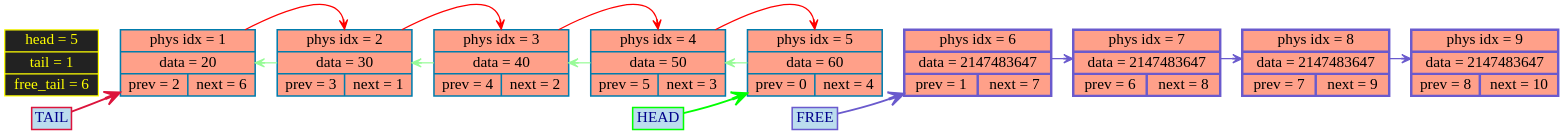
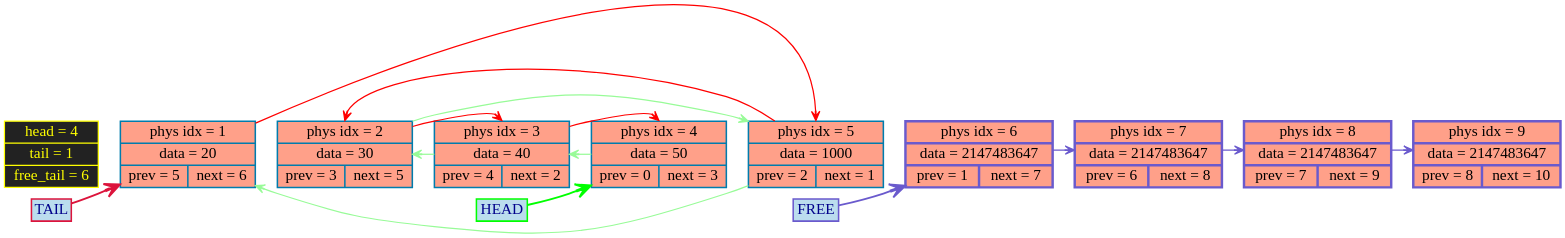
Before and after one commit to timoko3/list: the diagram in graphDumps/graphDump.dot, drawn with Graphviz. The commit also changed 15 other files, not shown here.

```diff
--- a/graphDumps/graphDump.dot
+++ b/graphDumps/graphDump.dot
@@ -1,35 +1,35 @@
 digraph G {
 rankdir=LR
 bgcolor="transparent"
 	node [shape=record, style="filled", fillcolor="#FFA089", fontcolor="black", color="#007CAD", penwidth=2.5, fontname="Tahoma", fontsize=25];
 
 edge [color="#2d714f", arrowsize=1, penwidth=5, arrowhead="vee", style="bold"];
-node0 [label="head = 5 | tail = 1 | free_tail = 6", shape=record, style="filled", fillcolor="#222222", fontcolor="yellow", color="yellow", penwidth=2];
-	node1 [label="phys idx = 1 | data = 20 | {prev = 2 | next = 6} "];
-	node2 [label="phys idx = 2 | data = 30 | {prev = 3 | next = 1} "];
+node0 [label="head = 4 | tail = 1 | free_tail = 6", shape=record, style="filled", fillcolor="#222222", fontcolor="yellow", color="yellow", penwidth=2];
+	node1 [label="phys idx = 1 | data = 20 | {prev = 5 | next = 6} "];
+	node2 [label="phys idx = 2 | data = 30 | {prev = 3 | next = 5} "];
 	node3 [label="phys idx = 3 | data = 40 | {prev = 4 | next = 2} "];
-	node4 [label="phys idx = 4 | data = 50 | {prev = 5 | next = 3} "];
-	node5 [label="phys idx = 5 | data = 60 | {prev = 0 | next = 4} "];
+	node4 [label="phys idx = 4 | data = 50 | {prev = 0 | next = 3} "];
+	node5 [label="phys idx = 5 | data = 1000 | {prev = 2 | next = 1} "];
 	node6 [label="phys idx = 6 | data = 2147483647 | {prev = 1 | next = 7} "];
 	node7 [label="phys idx = 7 | data = 2147483647 | {prev = 6 | next = 8} "];
 	node8 [label="phys idx = 8 | data = 2147483647 | {prev = 7 | next = 9} "];
 	node9 [label="phys idx = 9 | data = 2147483647 | {prev = 8 | next = 10} "];
 
 head_label      [shape=box, label="HEAD", style="filled", fillcolor="#BBDDEE", color="lime", fontcolor="darkblue"];
 tail_label      [shape=box, label="TAIL", style="filled", fillcolor="#BBDDEE", color="#DC143C",   fontcolor="darkblue"];
 free_head_label [shape=box, label="FREE", style="filled", fillcolor="#BBDDEE", color="#6A5ACD",   fontcolor="darkblue"];
-head_label      -> node5 [color="lime", arrowsize=2.5, penwidth=3];
+head_label      -> node4 [color="lime", arrowsize=2.5, penwidth=3];
 tail_label      -> node1 [color="#DC143C"  , arrowsize=2.5, penwidth=3];
 free_head_label -> node6 [color="#6A5ACD"  , arrowsize=2.5, penwidth=3];
 node0 -> node1[style=invis, weight = 100000]	node1 -> node2 -> node3 -> node4 -> node5 -> node6 -> node7 -> node8 -> node9[style=invis, weight=1000000];
-	node5 -> node4 -> node3 -> node2 -> node1[color="#98FB98", arrowsize=1.5, penwidth=2, weight=100000];
+	node4 -> node3 -> node2 -> node5 -> node1[color="#98FB98", arrowsize=1.5, penwidth=2, weight=100000];
 
 	node6 -> node7 -> node8 -> node9[color="#6A5ACD", arrowsize=1.5, penwidth=2, weight=100000];
 
 	node6[color = "#6A5ACD", penwidth=4];
 	node7[color = "#6A5ACD", penwidth=4];
 	node8[color = "#6A5ACD", penwidth=4];
 	node9[color = "#6A5ACD", penwidth=4];
-node1 -> node2 -> node3 -> node4 -> node5[color="red", arrowsize=1.5, penwidth=2, weight=100000, headport=n];
+node1 -> node5 -> node2 -> node3 -> node4[color="red", arrowsize=1.5, penwidth=2, weight=100000, headport=n];
 
 }
```
